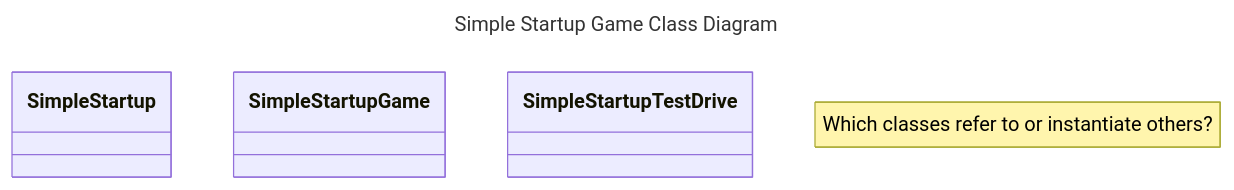
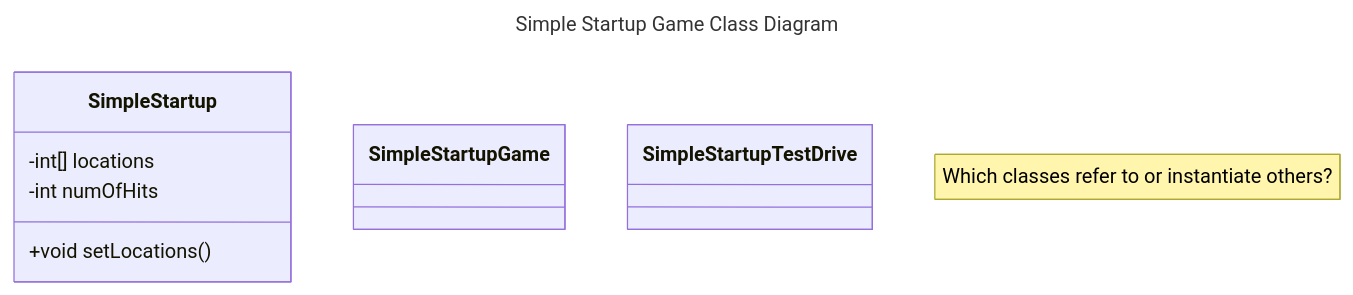
Before and after one commit to TheEvergreenStateCollege/dgp-25au: the diagram in notes/Week-09-a.md, drawn with Mermaid.

````diff
--- a/notes/Week-09-a.md
+++ b/notes/Week-09-a.md
@@ -19,21 +19,21 @@
 ```mermaid
 ---
 title: Simple Startup Game Class Diagram
 ---
 classDiagram
     note "Which classes refer to or instantiate others?"
     %% SimpleStartup <-- SimpleStartupGame
     %% SimpleStartup <-- SimpleStartupTestDrive
-    %% SimpleStartup : -int[] locations
-    %% SimpleStartup : -int numOfHits
-    %% SimpleStartup : +void setLocations()
+    SimpleStartup : -int[] locations
+    SimpleStartup : -int numOfHits
+    SimpleStartup : +void setLocations()
     %% SimpleStartup : +String checkYourself()
     class SimpleStartup{
     }
     class SimpleStartupGame{
     %%  +void main()
     }
     class SimpleStartupTestDrive{
     %%  + void main()
     }
 ```
````
